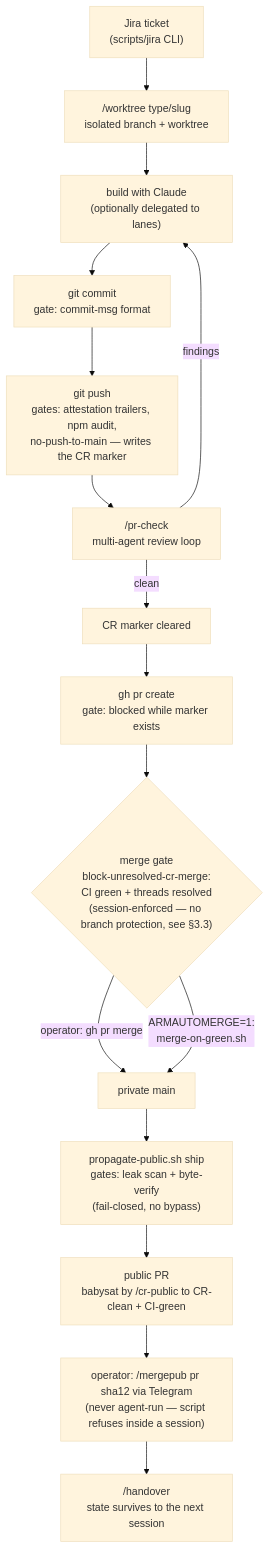
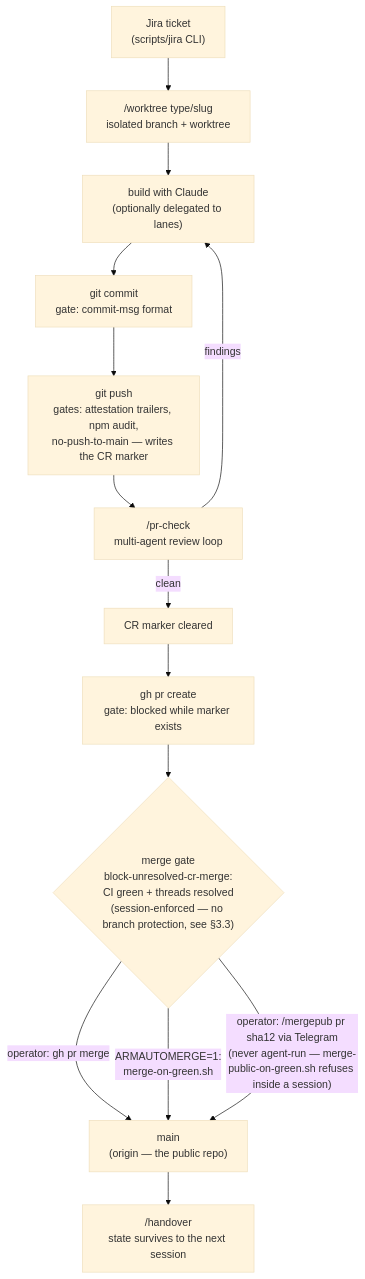
One commit to yotamleo/Himmel changed the first of 4 diagrams in docs/configuration.md. Above: the diagram before and after it, drawn with Mermaid (base theme). The commit also changed other lines of this file and 24 other files, not shown here.

````diff
--- a/docs/configuration.md
+++ b/docs/configuration.md
@@ -68,18 +62,16 @@
 ```mermaid
 flowchart TD
     T["Jira ticket<br/>(scripts/jira CLI)"] --> W["/worktree type/slug<br/>isolated branch + worktree"]
     W --> B["build with Claude<br/>(optionally delegated to lanes)"]
     B --> C["git commit<br/>gate: commit-msg format"]
     C --> P["git push<br/>gates: attestation trailers, npm audit,<br/>no-push-to-main — writes the CR marker"]
     P --> R["/pr-check<br/>multi-agent review loop"]
     R -->|findings| B
     R -->|clean| CM["CR marker cleared"]
     CM --> PR["gh pr create<br/>gate: blocked while marker exists"]
     PR --> M{"merge gate<br/>block-unresolved-cr-merge:<br/>CI green + threads resolved<br/>(session-enforced — no branch protection, see §3.3)"}
-    M -->|"operator: gh pr merge"| MAIN["private main"]
+    M -->|"operator: gh pr merge"| MAIN["main<br/>(origin — the public repo)"]
     M -->|"ARMAUTOMERGE=1:<br/>merge-on-green.sh"| MAIN
-    MAIN --> PP["propagate-public.sh ship<br/>gates: leak scan + byte-verify<br/>(fail-closed, no bypass)"]
-    PP --> PUB["public PR<br/>babysat by /cr-public to CR-clean + CI-green"]
-    PUB --> MP["operator: /mergepub pr sha12 via Telegram<br/>(never agent-run — script refuses inside a session)"]
-    MP --> H["/handover<br/>state survives to the next session"]
+    M -->|"operator: /mergepub pr sha12 via Telegram<br/>(never agent-run — merge-public-on-green.sh refuses inside a session)"| MAIN
+    MAIN --> H["/handover<br/>state survives to the next session"]
 ```
````
